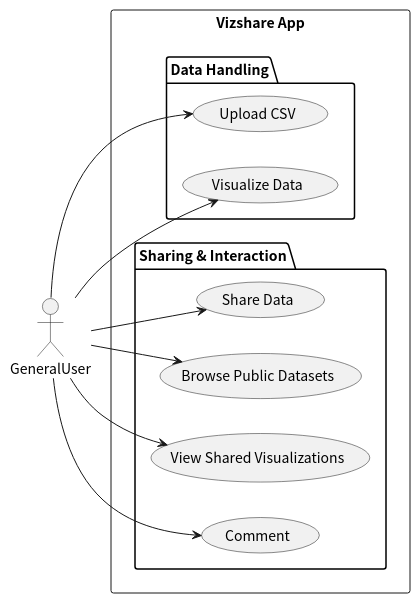
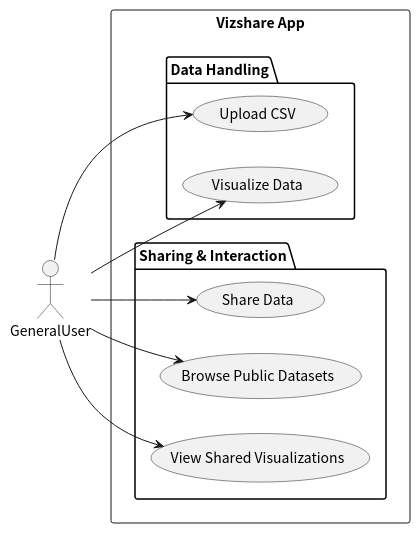
One commit to tomoki-shiozaki/vizshare changed the diagram in docs/usecase/usecase.puml. Above: the diagram before and after it, drawn with PlantUML. The commit also changed 1 other file, not shown here.

Commit message:
docs(usecase): update usecase diagram

```diff
--- a/docs/usecase/usecase.puml
+++ b/docs/usecase/usecase.puml
@@ -1,28 +1,26 @@
 @startuml vizshare_use
 skinparam defaultFontName "Noto Sans CJK JP"
 left to right direction
 
 actor GeneralUser as generalUser
 
 rectangle "Vizshare App" {
   package "Data Handling" {
     (Upload CSV)
     (Visualize Data)
   }
   
   package "Sharing & Interaction" {
     (Share Data)
     (Browse Public Datasets)
     (View Shared Visualizations)
-    (Comment)
   }
 }
 
 generalUser --> (Upload CSV)
 generalUser --> (Visualize Data)
 generalUser --> (Share Data)
 generalUser --> (Browse Public Datasets)
 generalUser --> (View Shared Visualizations)
-generalUser --> (Comment)
 
 @enduml
```
